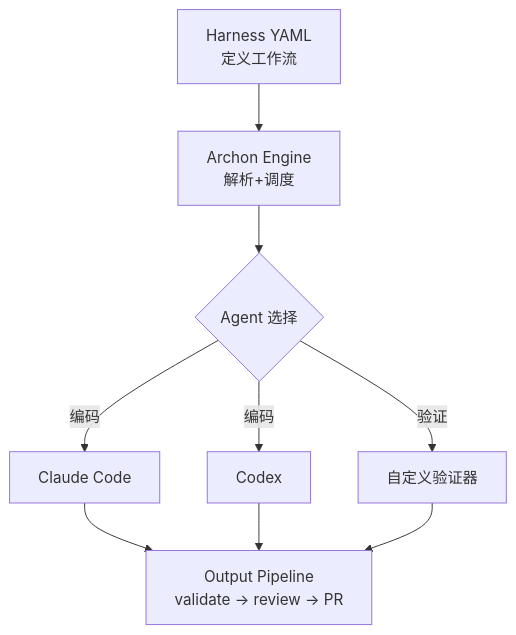
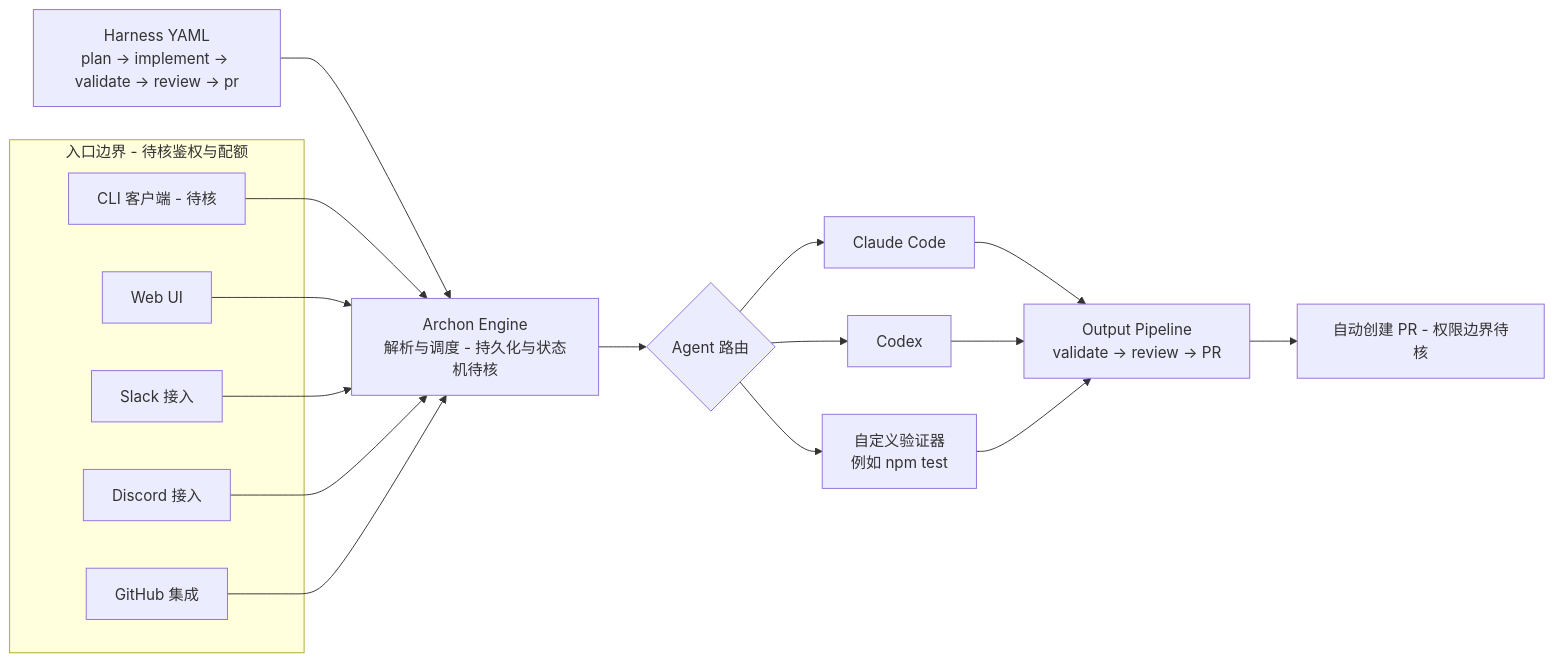
One commit to aiutil/github-researcher changed the diagram in projects/archon.md. Above: the diagram before and after it, drawn with Mermaid. The commit also changed other lines of this file and 939 other files, not shown here.

Commit message:
feat: add architect briefs and Mermaid project maps

````diff
--- a/projects/archon.md
+++ b/projects/archon.md
@@ -71,11 +75,32 @@
 ```mermaid
-graph TB
-    A[Harness YAML<br>定义工作流] --> B[Archon Engine<br>解析+调度]
-    B --> C{Agent 选择}
-    C -->|编码| D[Claude Code]
-    C -->|编码| E[Codex]
-    C -->|验证| F[自定义验证器]
-    D --> G[Output Pipeline<br>validate → review → PR]
-    E --> G
-    F --> G
+flowchart LR
+    subgraph Entry[入口边界 - 待核鉴权与配额]
+        CLI[CLI 客户端 - 待核]
+        WEB[Web UI]
+        SLACK[Slack 接入]
+        DISCORD[Discord 接入]
+        GH[GitHub 集成]
+    end
+    HARNESS[Harness YAML<br>plan → implement → validate → review → pr]
+    ENGINE[Archon Engine<br>解析与调度 - 持久化与状态机待核]
+    ROUTE{Agent 路由}
+    CLAUDE[Claude Code]
+    CODEX[Codex]
+    VALID[自定义验证器<br>例如 npm test]
+    OUT[Output Pipeline<br>validate → review → PR]
+    PR[自动创建 PR - 权限边界待核]
+    HARNESS --> ENGINE
+    CLI --> ENGINE
+    WEB --> ENGINE
+    SLACK --> ENGINE
+    DISCORD --> ENGINE
+    GH --> ENGINE
+    ENGINE --> ROUTE
+    ROUTE --> CLAUDE
+    ROUTE --> CODEX
+    ROUTE --> VALID
+    CLAUDE --> OUT
+    CODEX --> OUT
+    VALID --> OUT
+    OUT --> PR
 ```
````
